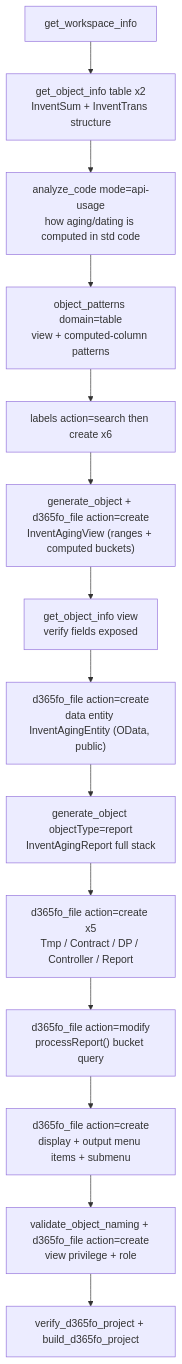
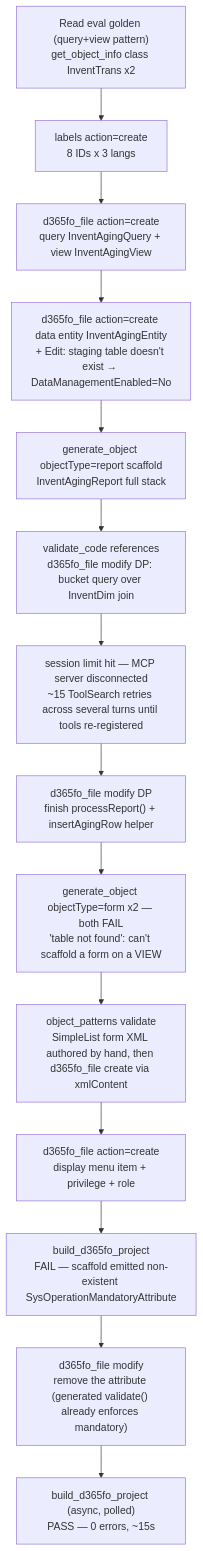
Before and after one commit to kklyandev/d365fo-mcp-server: the fifth of 5 diagrams in docs/USAGE_EXAMPLES.md, drawn with Mermaid. The commit also changed other lines of this file, not shown here.

First line of the commit message:
docs(eval): record scenario 2 measured run and actual tool chain

````diff
--- a/docs/USAGE_EXAMPLES.md
+++ b/docs/USAGE_EXAMPLES.md
@@ -286,16 +300,16 @@
 ```mermaid
 flowchart TB
-    A["get_workspace_info"] --> B["get_object_info table x2<br/>InventSum + InventTrans structure"]
-    B --> C["analyze_code mode=api-usage<br/>how aging/dating is computed in std code"]
-    C --> D["object_patterns domain=table<br/>view + computed-column patterns"]
-    D --> E["labels action=search then create x6"]
-    E --> F["generate_object + d365fo_file action=create<br/>InventAgingView (ranges + computed buckets)"]
-    F --> G["get_object_info view<br/>verify fields exposed"]
-    G --> H["d365fo_file action=create<br/>data entity InventAgingEntity (OData, public)"]
-    H --> I["generate_object objectType=report<br/>InventAgingReport full stack"]
-    I --> J["d365fo_file action=create x5<br/>Tmp / Contract / DP / Controller / Report"]
-    J --> K["d365fo_file action=modify<br/>processReport() bucket query"]
-    K --> L["d365fo_file action=create<br/>display + output menu items + submenu"]
-    L --> M["validate_object_naming + d365fo_file action=create<br/>view privilege + role"]
-    M --> N["verify_d365fo_project + build_d365fo_project"]
+    A["Read eval golden (query+view pattern)<br/>get_object_info class InventTrans x2"] --> B["labels action=create<br/>8 IDs x 3 langs"]
+    B --> C["d365fo_file action=create<br/>query InventAgingQuery + view InventAgingView"]
+    C --> D["d365fo_file action=create data entity InventAgingEntity<br/>+ Edit: staging table doesn't exist → DataManagementEnabled=No"]
+    D --> E["generate_object objectType=report scaffold<br/>InventAgingReport full stack"]
+    E --> F["validate_code references<br/>d365fo_file modify DP: bucket query over InventDim join"]
+    F --> G["session limit hit — MCP server disconnected<br/>~15 ToolSearch retries across several turns until tools re-registered"]
+    G --> H["d365fo_file modify DP<br/>finish processReport() + insertAgingRow helper"]
+    H --> I["generate_object objectType=form x2 — both FAIL<br/>'table not found': can't scaffold a form on a VIEW"]
+    I --> J["object_patterns validate<br/>SimpleList form XML authored by hand, then d365fo_file create via xmlContent"]
+    J --> K["d365fo_file action=create<br/>display menu item + privilege + role"]
+    K --> L["build_d365fo_project<br/>FAIL — scaffold emitted non-existent SysOperationMandatoryAttribute"]
+    L --> M["d365fo_file modify<br/>remove the attribute (generated validate() already enforces mandatory)"]
+    M --> N["build_d365fo_project (async, polled)<br/>PASS — 0 errors, ~15s"]
 ```
````
